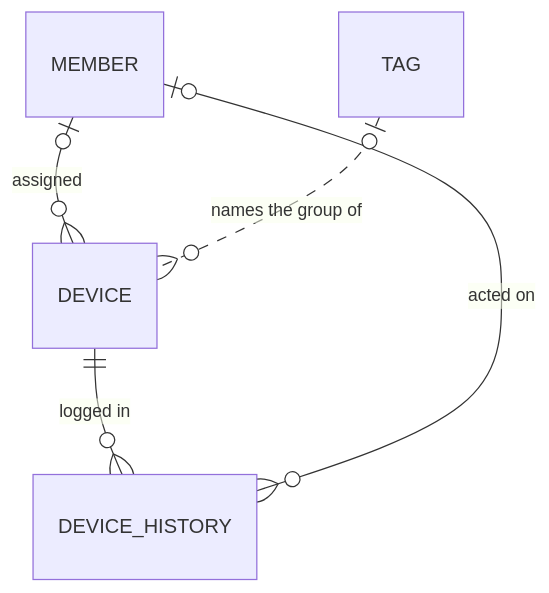
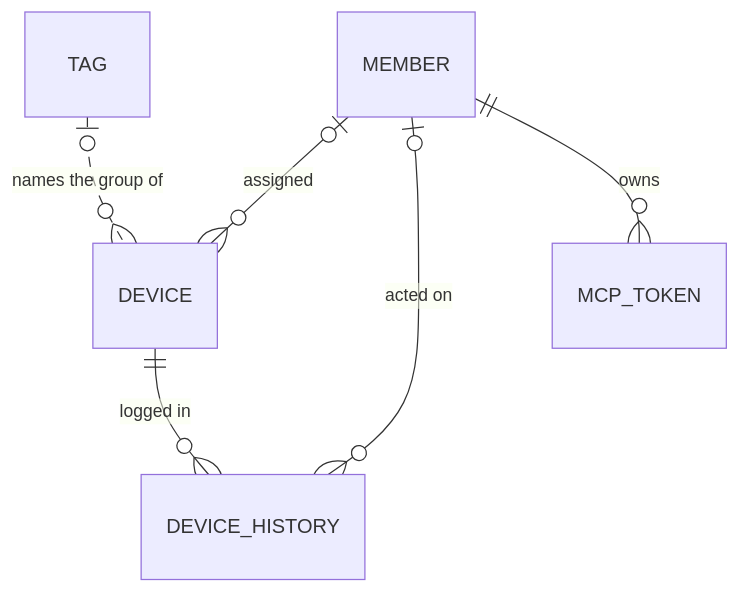
One commit to explore-de/Treasure changed the diagram in README.md. Above: the diagram before and after it, drawn with Mermaid. The commit also changed other lines of this file and 25 other files, not shown here.

````diff
--- a/README.md
+++ b/README.md
@@ -78,7 +81,8 @@
 ```mermaid
 erDiagram
     MEMBER |o--o{ DEVICE : "assigned"
     DEVICE ||--o{ DEVICE_HISTORY : "logged in"
     MEMBER |o--o{ DEVICE_HISTORY : "acted on"
+    MEMBER ||--o{ MCP_TOKEN : "owns"
     TAG |o..o{ DEVICE : "names the group of"
 ```
````
